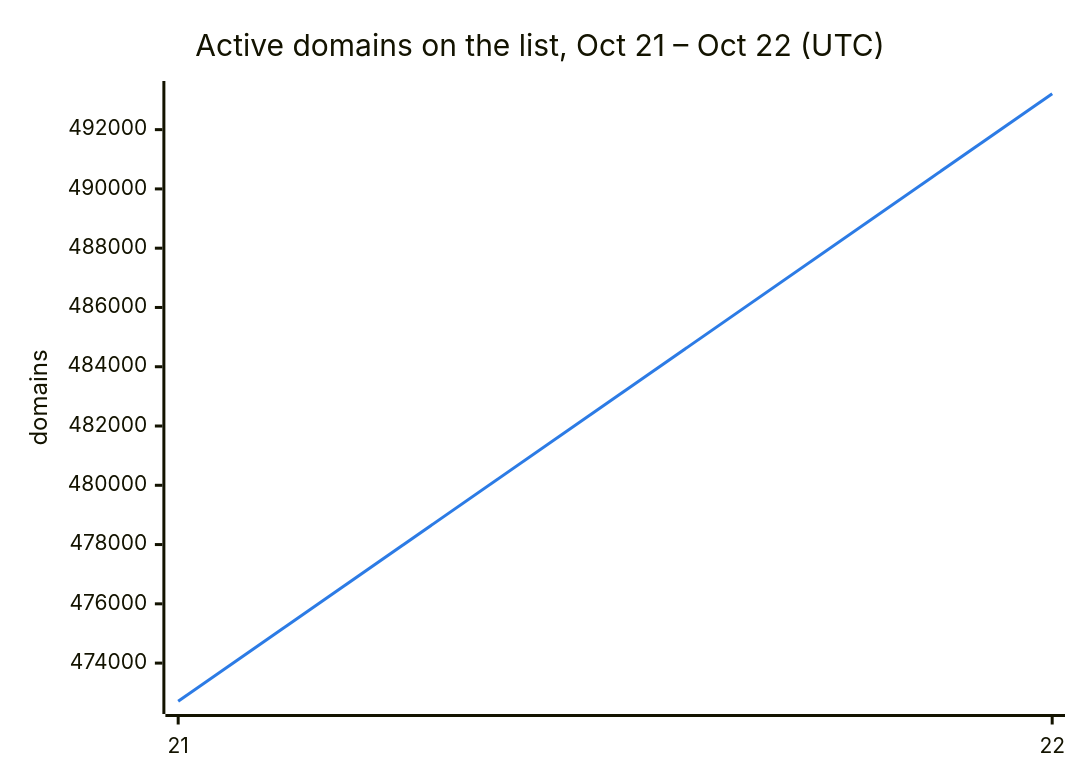
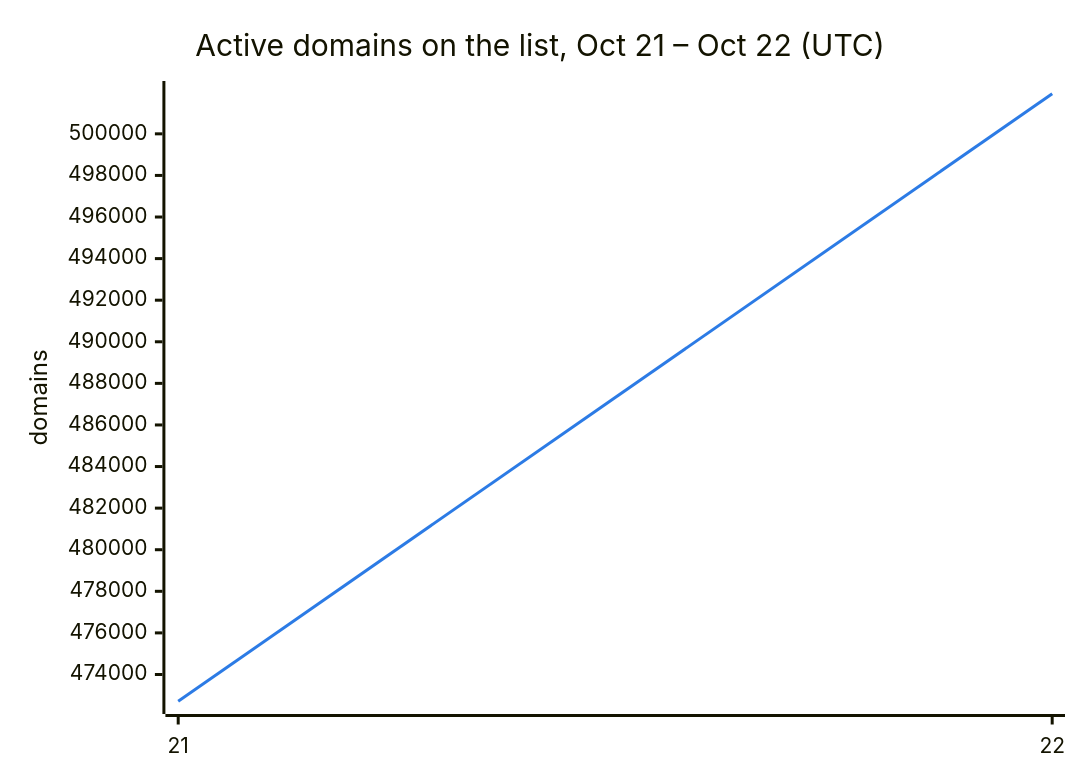
Before and after one commit to DNSBunker/CTI: the second of 3 diagrams in README.md, drawn with Mermaid. The commit also changed other lines of this file and 3 other files, not shown here.

````diff
--- a/README.md
+++ b/README.md
@@ -38,8 +38,8 @@
 ```mermaid
 %%{init: {"themeVariables": {"xyChart": {"plotColorPalette": "#2c7be5"}}}}%%
 xychart-beta
     title "Active domains on the list, Oct 21 – Oct 22 (UTC)"
     x-axis ["21", "22"]
     y-axis "domains"
-    line [472713, 493211]
+    line [472713, 501928]
 ```
````
